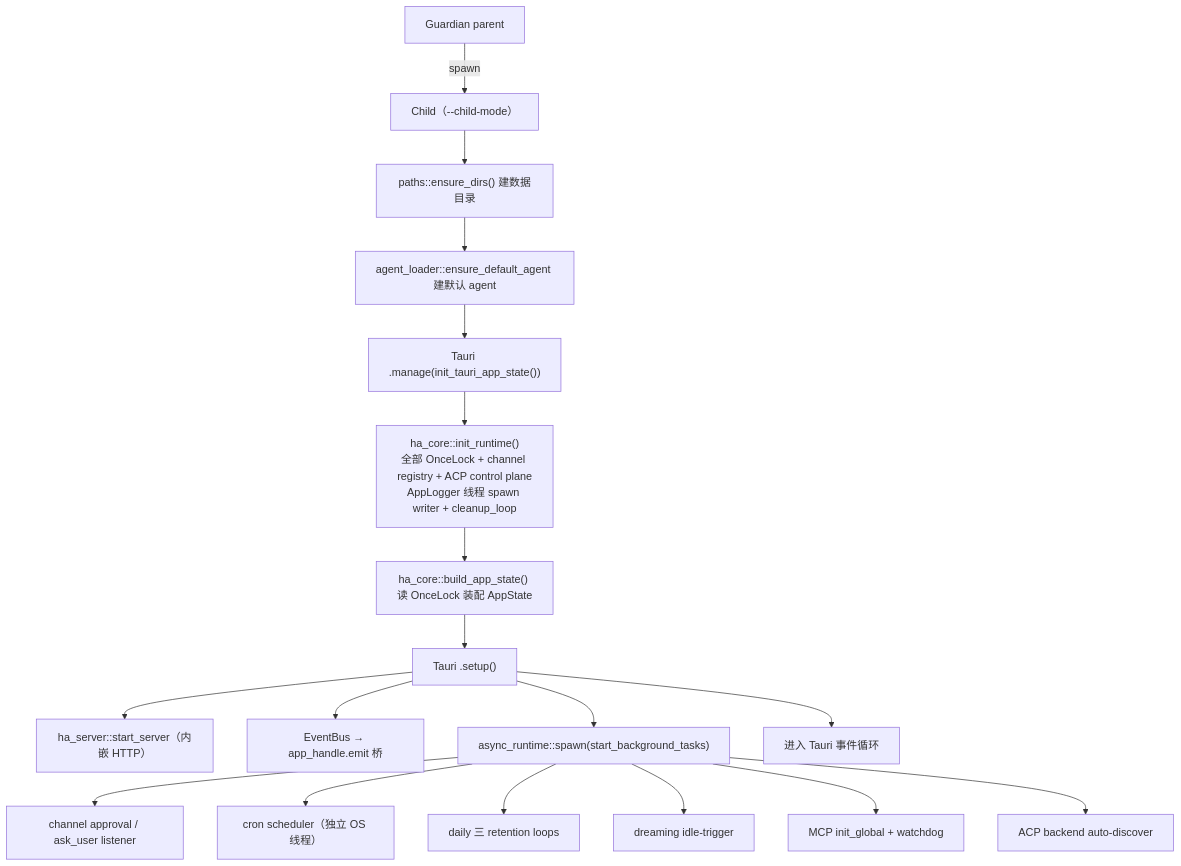
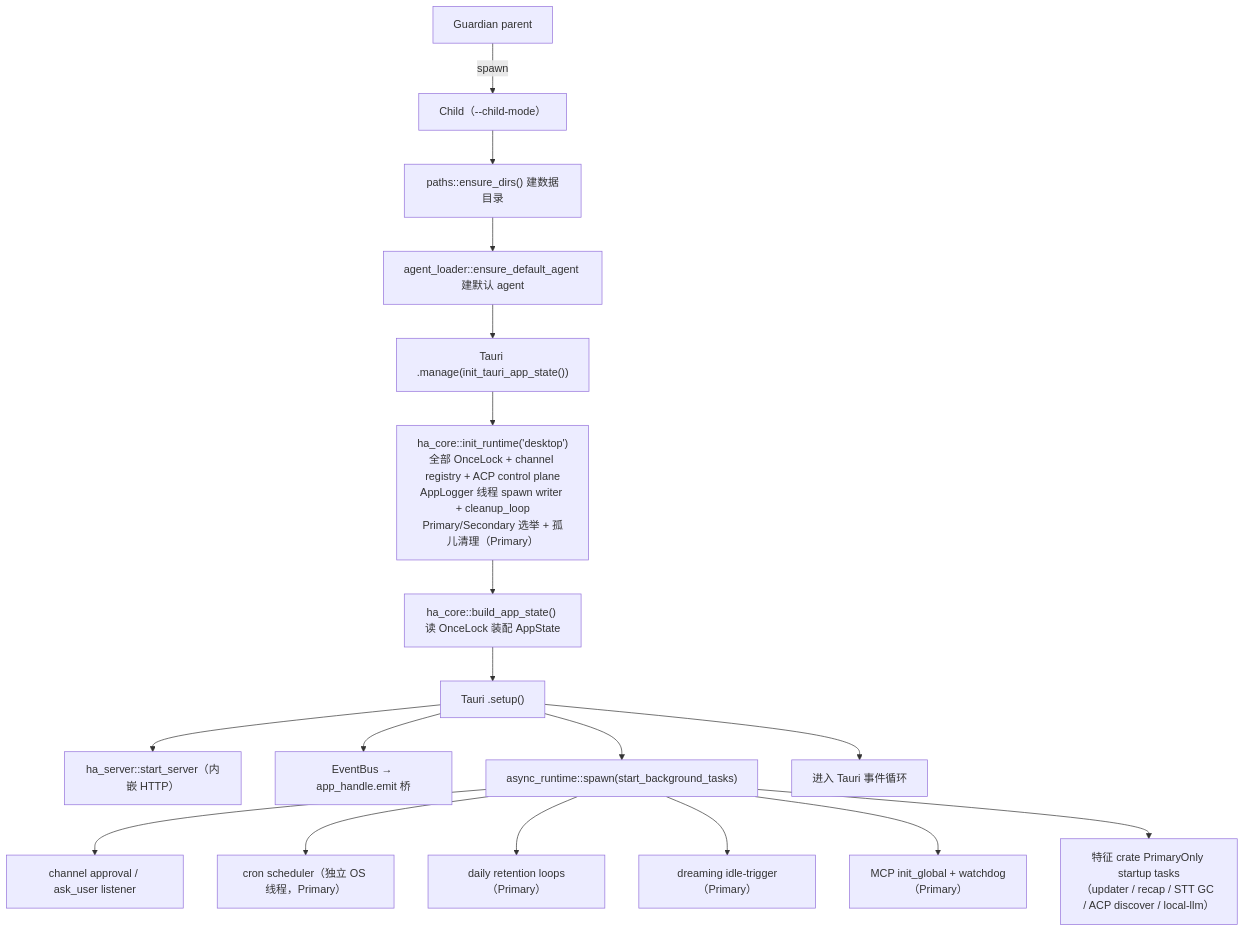
The sixth of 8 diagrams in docs/architecture/process-model.md (shiwenwen/hope-agent), drawn with Mermaid before and after one commit. The commit also changed other lines of this file and 12 other files, not shown here.

First line of the commit message:
🦭docs: 第六批 13 篇按新标准重做（browser/dreaming/loop/terminal/live-model-evaluation/process-model/transport-modes/cli/sandbox/canvas/workflow/prompt-system/macos-control）

````diff
--- a/docs/architecture/process-model.md
+++ b/docs/architecture/process-model.md
@@ -254,20 +364,20 @@
 ```mermaid
 flowchart TD
     GP["Guardian parent"] -->|"spawn"| CHILD["Child（--child-mode）"]
     CHILD --> P1["paths::ensure_dirs() 建数据目录"]
     P1 --> P2["agent_loader::ensure_default_agent 建默认 agent"]
     P2 --> MANAGE["Tauri .manage(init_tauri_app_state())"]
-    MANAGE --> INIT["ha_core::init_runtime()<br/>全部 OnceLock + channel registry + ACP control plane<br/>AppLogger 线程 spawn writer + cleanup_loop"]
+    MANAGE --> INIT["ha_core::init_runtime('desktop')<br/>全部 OnceLock + channel registry + ACP control plane<br/>AppLogger 线程 spawn writer + cleanup_loop<br/>Primary/Secondary 选举 + 孤儿清理（Primary）"]
     INIT --> BUILD["ha_core::build_app_state() 读 OnceLock 装配 AppState"]
     BUILD --> SETUP["Tauri .setup()"]
     SETUP --> SRV["ha_server::start_server（内嵌 HTTP）"]
     SETUP --> BRIDGE["EventBus → app_handle.emit 桥"]
     SETUP --> BG["async_runtime::spawn(start_background_tasks)"]
     BG --> BG1["channel approval / ask_user listener"]
-    BG --> BG2["cron scheduler（独立 OS 线程）"]
-    BG --> BG3["daily 三 retention loops"]
-    BG --> BG4["dreaming idle-trigger"]
-    BG --> BG5["MCP init_global + watchdog"]
-    BG --> BG6["ACP backend auto-discover"]
+    BG --> BG2["cron scheduler（独立 OS 线程，Primary）"]
+    BG --> BG3["daily retention loops（Primary）"]
+    BG --> BG4["dreaming idle-trigger（Primary）"]
+    BG --> BG5["MCP init_global + watchdog（Primary）"]
+    BG --> BG6["特征 crate PrimaryOnly startup tasks<br/>（updater / recap / STT GC / ACP discover / local-llm）"]
     SETUP --> LOOP["进入 Tauri 事件循环"]
 ```
````
